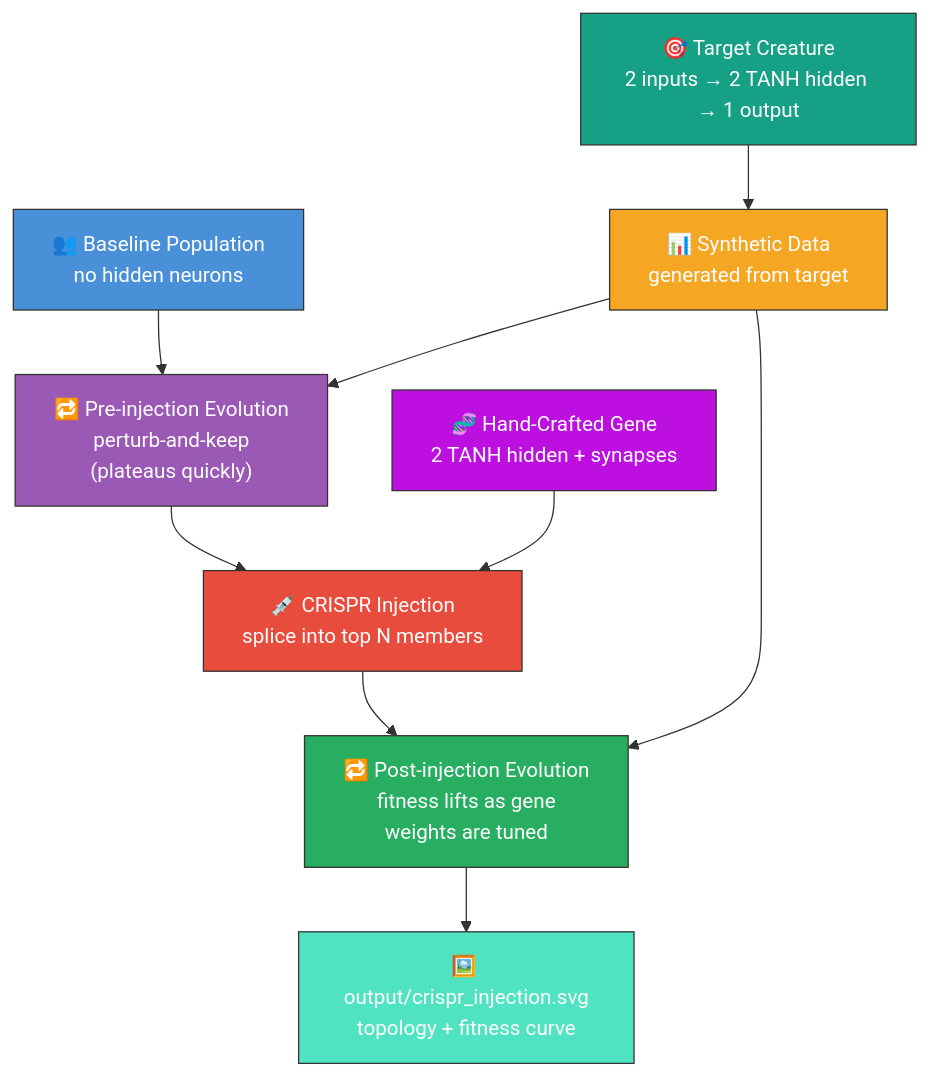
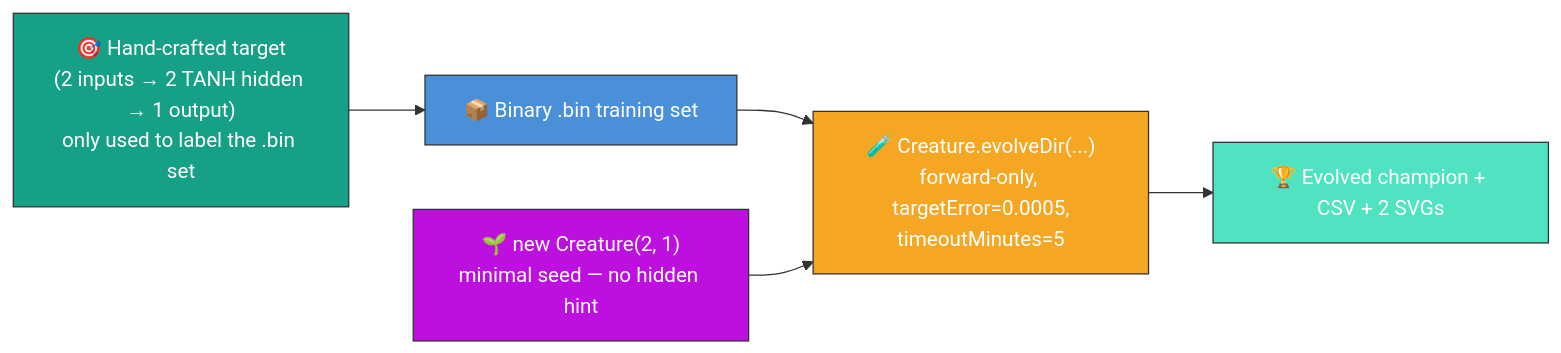
One commit to stSoftwareAU/NEAT-AI-Examples changed the diagram in crispr_injection/README.md. Above: the diagram before and after it, drawn with Mermaid. The commit also changed other lines of this file and 7 other files, not shown here.

First line of the commit message:
crispr_injection: minimal seed + measured telemetry (#209)

````diff
--- a/crispr_injection/README.md
+++ b/crispr_injection/README.md
@@ -17,29 +14,17 @@
 ```mermaid
-flowchart TD
-    TARGET["🎯 Target Creature<br/>2 inputs → 2 TANH hidden → 1 output"]
-    DATA["📊 Synthetic Data<br/>generated from target"]
-    POP["👥 Baseline Population<br/>no hidden neurons"]
-    EVOLVE1["🔁 Pre-injection Evolution<br/>perturb-and-keep<br/>(plateaus quickly)"]
-    GENE["🧬 Hand-Crafted Gene<br/>2 TANH hidden + synapses"]
-    INJECT["💉 CRISPR Injection<br/>splice into top N members"]
-    EVOLVE2["🔁 Post-injection Evolution<br/>fitness lifts as gene<br/>weights are tuned"]
-    SVG["🖼️ output/crispr_injection.svg<br/>topology + fitness curve"]
-
-    TARGET --> DATA
-    POP --> EVOLVE1
-    DATA --> EVOLVE1
-    EVOLVE1 --> INJECT
-    GENE --> INJECT
-    INJECT --> EVOLVE2
-    DATA --> EVOLVE2
-    EVOLVE2 --> SVG
-
-    style TARGET fill:#16a085,stroke:#333,color:#fff
-    style DATA fill:#f5a623,stroke:#333,color:#fff
-    style POP fill:#4a90d9,stroke:#333,color:#fff
-    style EVOLVE1 fill:#9b59b6,stroke:#333,color:#fff
-    style GENE fill:#bd10e0,stroke:#333,color:#fff
-    style INJECT fill:#e74c3c,stroke:#333,color:#fff
-    style EVOLVE2 fill:#27ae60,stroke:#333,color:#fff
-    style SVG fill:#50e3c2,stroke:#333,color:#fff
+flowchart LR
+    TGT["🎯 Hand-crafted target<br/>(2 inputs → 2 TANH hidden → 1 output)<br/>only used to label the .bin set"]
+    DATA["📦 Binary .bin training set"]
+    SEED["🌱 new Creature(2, 1)<br/>minimal seed — no hidden hint"]
+    EVOLVE["🧪 Creature.evolveDir(...)<br/>forward-only, targetError=0.0005,<br/>timeoutMinutes=5"]
+    OUT["🏆 Evolved champion + CSV + 2 SVGs"]
+    TGT --> DATA
+    DATA --> EVOLVE
+    SEED --> EVOLVE
+    EVOLVE --> OUT
+    style TGT fill:#16a085,stroke:#333,color:#fff
+    style DATA fill:#4a90d9,stroke:#333,color:#fff
+    style SEED fill:#bd10e0,stroke:#333,color:#fff
+    style EVOLVE fill:#f5a623,stroke:#333,color:#fff
+    style OUT fill:#50e3c2,stroke:#333,color:#fff
 ```
````
